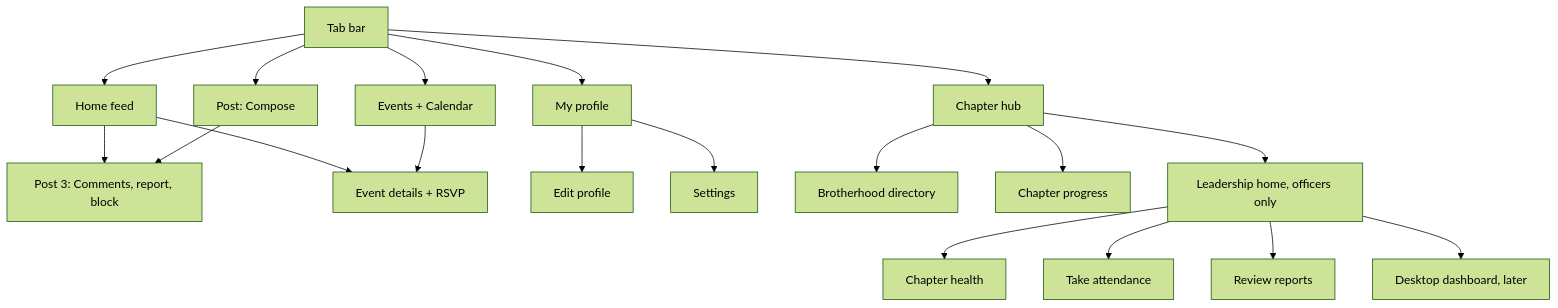
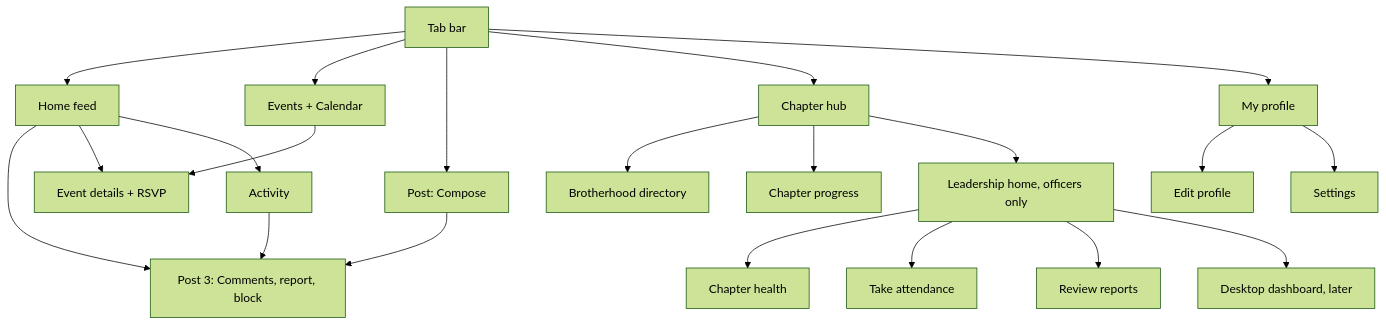
The diagram in docs/screens.md (TitusNeyland/SigmaSigmaLambdaConnect), drawn with Mermaid (forest theme) before and after one commit. The commit also changed other lines of this file and 21 other files, not shown here.

First line of the commit message:
Instagram-style top bar on Home, with Activity behind the heart (#123)

````diff
--- a/docs/screens.md
+++ b/docs/screens.md
@@ -9,21 +9,23 @@
 ```mermaid
 flowchart TD
 Tabs[Tab bar] --> Home[Home feed]
 Tabs --> Events[Events + Calendar]
 Tabs --> Compose[Post: Compose]
 Tabs --> Chapter[Chapter hub]
 Tabs --> Profile[My profile]
 Home --> PostDetail[Post 3: Comments, report, block]
 Home --> EventDetail[Event details + RSVP]
+Home --> Activity[Activity]
+Activity --> PostDetail
 Events --> EventDetail
 Compose --> PostDetail
 Profile --> EditProfile[Edit profile]
 Profile --> Settings[Settings]
 Chapter --> Directory[Brotherhood directory]
 Chapter --> Goals[Chapter progress]
 Chapter --> Leader[Leadership home, officers only]
 Leader --> Health[Chapter health]
 Leader --> Attendance[Take attendance]
 Leader --> Reports[Review reports]
 Leader --> Desktop[Desktop dashboard, later]
 ```
````
